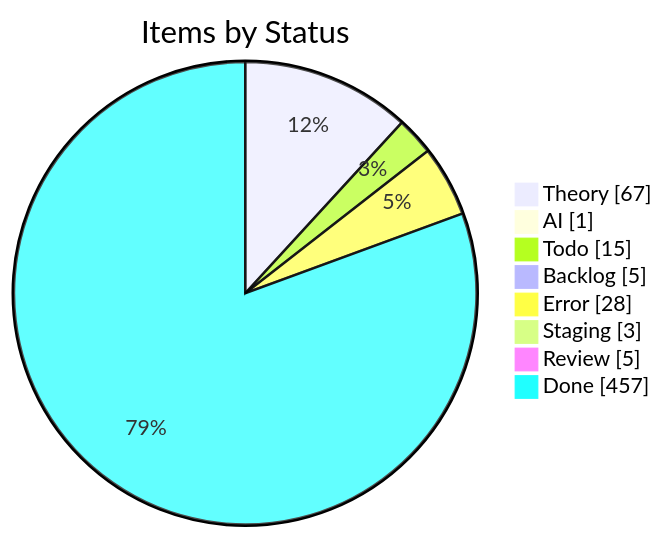
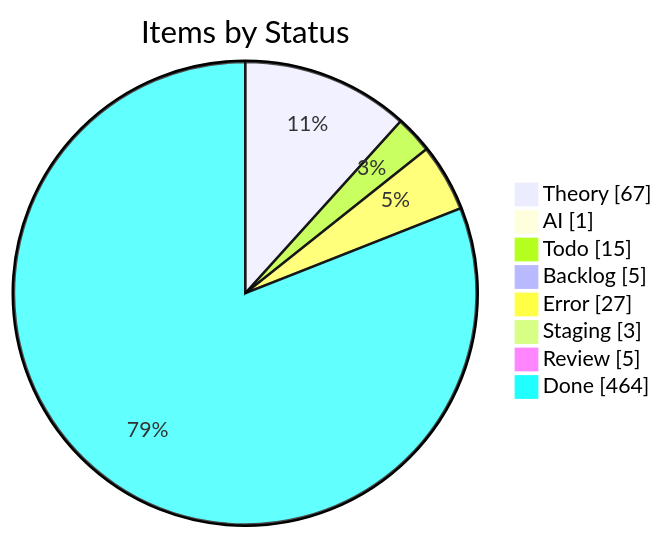
Before and after one commit to KBVE/kbve: the first of 4 diagrams in apps/kbve/astro-kbve/src/content/docs/dashboard/kanban-data.mdx, drawn with Mermaid. The commit also changed other lines of this file and 8 other files, not shown here.

````diff
--- a/apps/kbve/astro-kbve/src/content/docs/dashboard/kanban-data.mdx
+++ b/apps/kbve/astro-kbve/src/content/docs/dashboard/kanban-data.mdx
@@ -55,12 +55,12 @@
 ```mermaid
 pie showData
     title Items by Status
     "Theory" : 67
     "AI" : 1
     "Todo" : 15
     "Backlog" : 5
-    "Error" : 28
+    "Error" : 27
     "Staging" : 3
     "Review" : 5
-    "Done" : 457
+    "Done" : 464
 ```
````
